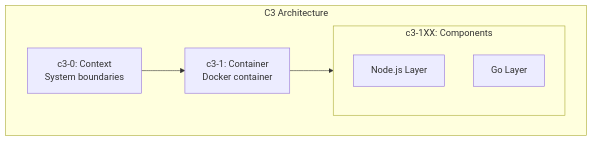
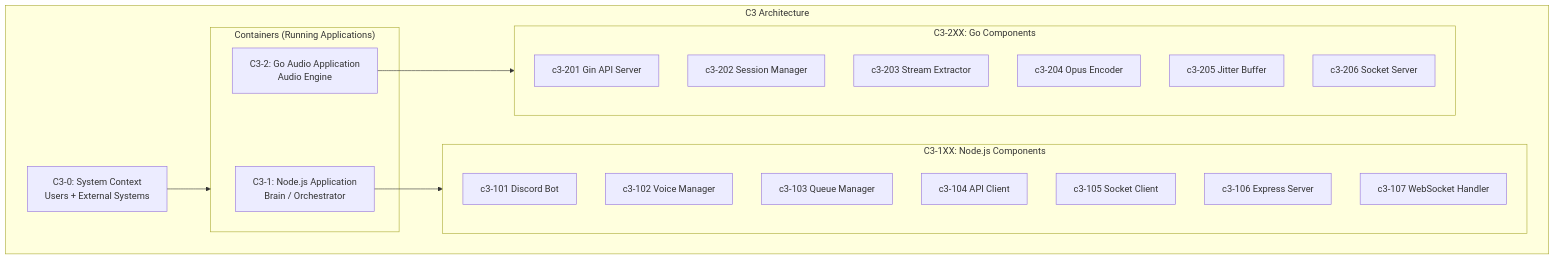
The diagram in .c3/adr/adr-001-c3-adoption.md (thewind121212/natashi), drawn with Mermaid before and after one commit. The commit also changed other lines of this file and 7 other files, not shown here.

````diff
--- a/.c3/adr/adr-001-c3-adoption.md
+++ b/.c3/adr/adr-001-c3-adoption.md
@@ -21,15 +21,34 @@
 ```mermaid
 flowchart TB
     subgraph C3["C3 Architecture"]
-        C0[c3-0: Context<br/>System boundaries]
-        C1[c3-1: Container<br/>Docker container]
+        C0[C3-0: System Context<br/>Users + External Systems]
 
-        subgraph Components["c3-1XX: Components"]
-            NODE[Node.js Layer]
-            GO[Go Layer]
+        subgraph Containers["Containers (Running Applications)"]
+            C1[C3-1: Node.js Application<br/>Brain / Orchestrator]
+            C2[C3-2: Go Audio Application<br/>Audio Engine]
+        end
+
+        subgraph NodeComponents["C3-1XX: Node.js Components"]
+            N101[c3-101 Discord Bot]
+            N102[c3-102 Voice Manager]
+            N103[c3-103 Queue Manager]
+            N104[c3-104 API Client]
+            N105[c3-105 Socket Client]
+            N106[c3-106 Express Server]
+            N107[c3-107 WebSocket Handler]
+        end
+
+        subgraph GoComponents["C3-2XX: Go Components"]
+            G201[c3-201 Gin API Server]
+            G202[c3-202 Session Manager]
+            G203[c3-203 Stream Extractor]
+            G204[c3-204 Opus Encoder]
+            G205[c3-205 Jitter Buffer]
+            G206[c3-206 Socket Server]
         end
     end
 
-    C0 --> C1
-    C1 --> Components
+    C0 --> Containers
+    C1 --> NodeComponents
+    C2 --> GoComponents
 ```
````
